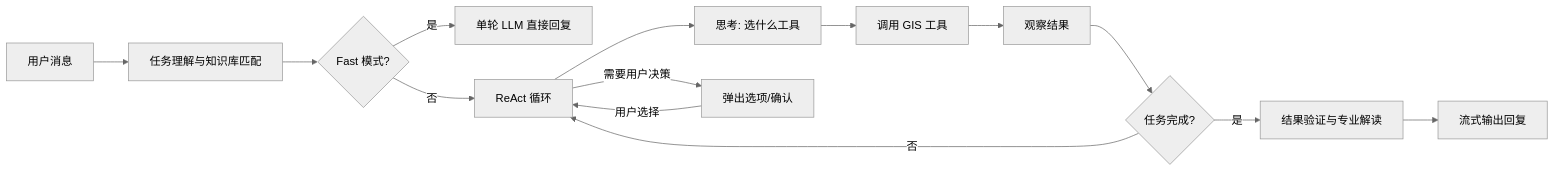
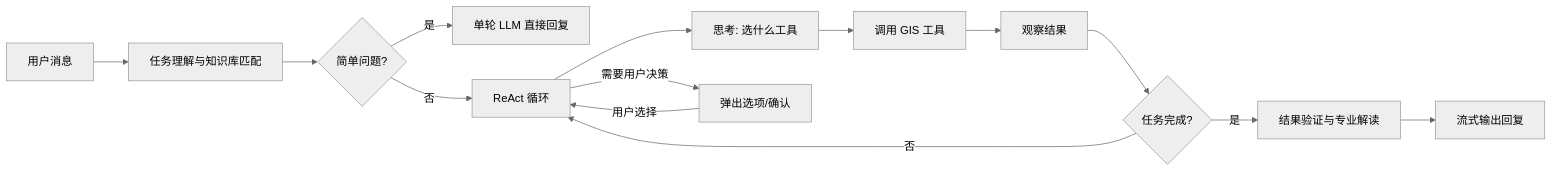
The second of 2 diagrams in README.md (Wukeeeeee/GIS-WORKTABLE), drawn with Mermaid (neutral theme) before and after one commit. The commit also changed other lines of this file and 8 other files, not shown here.

````diff
--- a/README.md
+++ b/README.md
@@ -139,16 +139,16 @@
 ```mermaid
 graph LR
     A[用户消息] --> B[任务理解与知识库匹配]
-    B --> C{Fast 模式?}
+    B --> C{简单问题?}
     C -->|是| D[单轮 LLM 直接回复]
     C -->|否| E[ReAct 循环]
     E --> F[思考: 选什么工具]
     F --> G[调用 GIS 工具]
     G --> H[观察结果]
     H --> I{任务完成?}
     I -->|否| E
     I -->|是| J[结果验证与专业解读]
     J --> K[流式输出回复]
     E -->|需要用户决策| L[弹出选项/确认]
     L -->|用户选择| E
 ```
````
